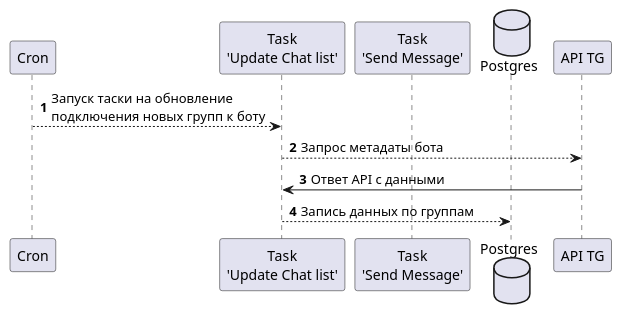
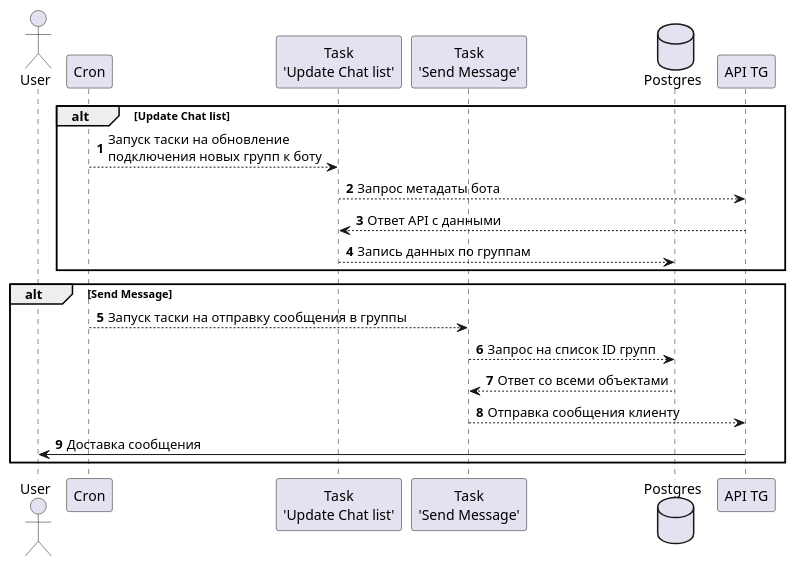
Before and after one commit to dedovvlad/currency-analist: the diagram in Documents/bot/logic_database.puml, drawn with PlantUML.

Commit message:
Add diagram

```diff
--- a/Documents/bot/logic_database.puml
+++ b/Documents/bot/logic_database.puml
@@ -1,17 +1,26 @@
 @startuml
 'https://plantuml.com/ru/sequence-diagram
 autonumber
 
+actor User as U
 participant Cron
 participant "Task\n'Update Chat list'" as task1
 participant "Task\n'Send Message'" as task2
 database Postgres as pg
 participant "API TG" as tg
 
+alt Update Chat list
+    Cron --> task1: Запуск таски на обновление\nподключения новых групп к боту
+    task1 --> tg: Запрос метадаты бота
+    task1 <-- tg: Ответ API с данными
+    task1 --> pg: Запись данных по группам
+end
 
-Cron --> task1: Запуск таски на обновление\nподключения новых групп к боту
-task1 --> tg: Запрос метадаты бота
-task1 <- tg: Ответ API с данными
-task1 --> pg: Запись данных по группам
-
+alt Send Message
+Cron --> task2: Запуск таски на отправку сообщения в группы
+task2 --> pg: Запрос на список ID групп
+task2 <-- pg: Ответ со всеми объектами
+task2 --> tg: Отправка сообщения клиенту
+tg -> U: Доставка сообщения
+end
 @enduml
```
